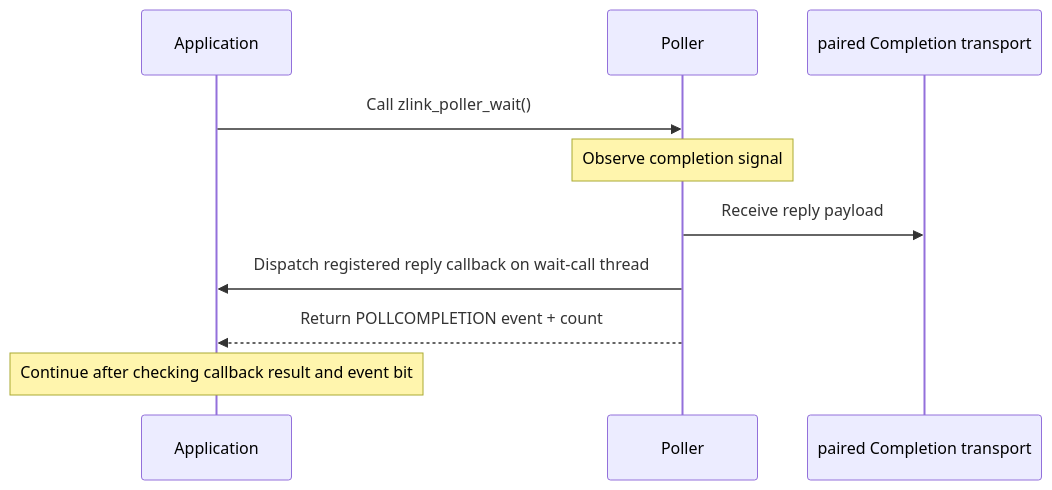
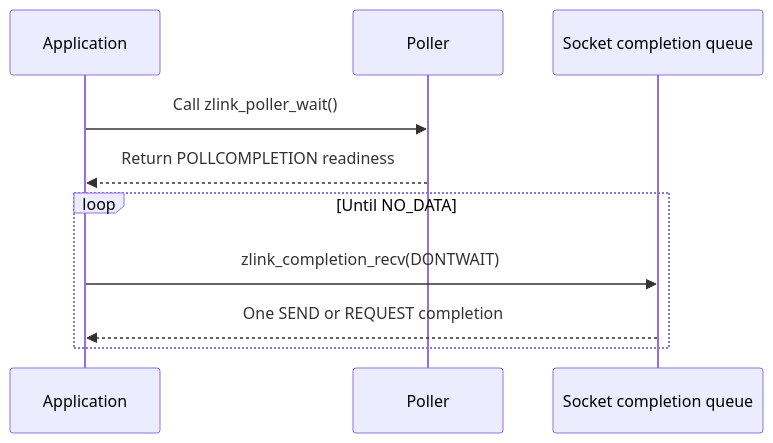
One commit to zlink-systems/zlink changed the diagram in core/doc/spec/core/05-polling.en.md. Above: the diagram before and after it, drawn with Mermaid. The commit also changed other lines of this file and 49 other files, not shown here.

First line of the commit message:
docs(spec): define pull socket completion and receive contracts

````diff
--- a/core/doc/spec/core/05-polling.en.md
+++ b/core/doc/spec/core/05-polling.en.md
@@ -88,12 +83,12 @@
 ```mermaid
 sequenceDiagram
     participant App as Application
     participant P as Poller
-    participant CT as paired Completion transport
+    participant S as Socket completion queue
     App->>P: Call zlink_poller_wait()
-    Note over P: Observe completion signal
-    P->>CT: Receive reply payload
-    P->>App: Dispatch registered reply callback on wait-call thread
-    P-->>App: Return POLLCOMPLETION event + count
-    Note over App: Continue after checking callback result and event bit
+    P-->>App: Return POLLCOMPLETION readiness
+    loop Until NO_DATA
+        App->>S: zlink_completion_recv(DONTWAIT)
+        S-->>App: One SEND or REQUEST completion
+    end
 ```
````
